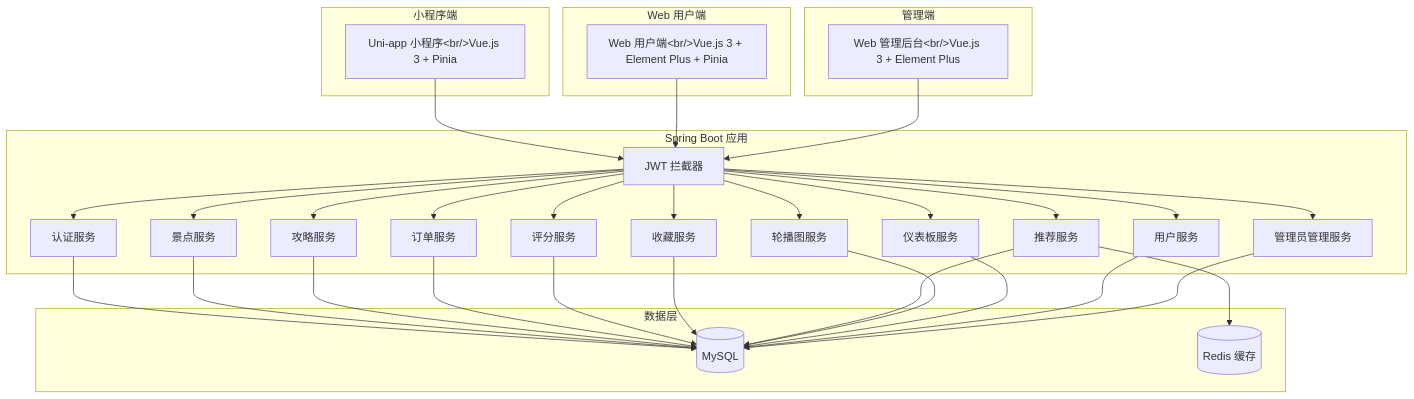
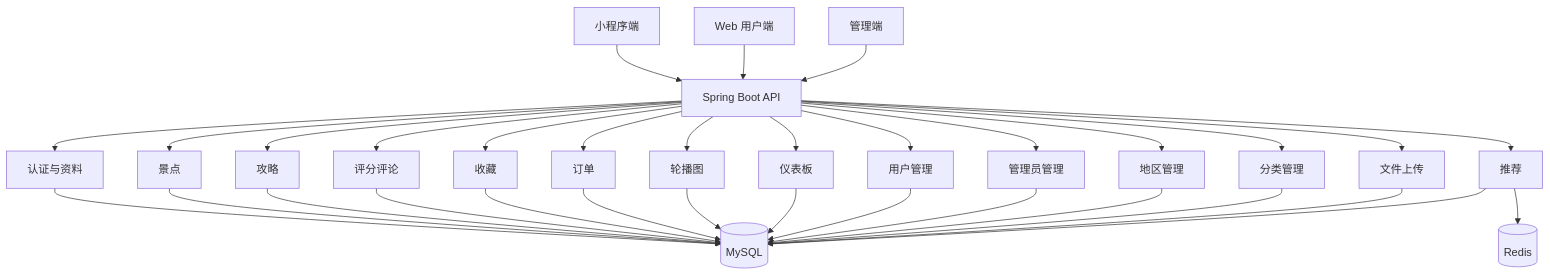
The first of 2 diagrams in .kiro/specs/travel-recommendation-system/design.md (TheayX/WayTrip), drawn with Mermaid before and after one commit. The commit also changed other lines of this file and 4 other files, not shown here.

````diff
--- a/.kiro/specs/travel-recommendation-system/design.md
+++ b/.kiro/specs/travel-recommendation-system/design.md
@@ -11,62 +33,61 @@
 ```mermaid
 graph TB
-    subgraph 小程序端
-        MP["Uni-app 小程序&lt;br/&gt;Vue.js 3 + Pinia"]
-    end
+    MP[小程序端]
+    WEB[Web 用户端]
+    ADMIN[管理端]
 
-    subgraph Web 用户端
-        WEBUSER["Web 用户端&lt;br/&gt;Vue.js 3 + Element Plus + Pinia"]
-    end
+    API[Spring Boot API]
+    AUTH[认证与资料]
+    SPOT[景点]
+    GUIDE[攻略]
+    REVIEW[评分评论]
+    FAV[收藏]
+    ORDER[订单]
+    REC[推荐]
+    BANNER[轮播图]
+    DASH[仪表板]
+    USER[用户管理]
+    ADMINMGR[管理员管理]
+    REGION[地区管理]
+    CATEGORY[分类管理]
+    UPLOAD[文件上传]
 
-    subgraph 管理端
-        WEB["Web 管理后台&lt;br/&gt;Vue.js 3 + Element Plus"]
-    end
+    MYSQL[(MySQL)]
+    REDIS[(Redis)]
 
-    subgraph "Spring Boot 应用"
-        INTERCEPTOR["JWT 拦截器"]
-        AUTH[认证服务]
-        SPOT[景点服务]
-        GUIDE[攻略服务]
-        ORDER[订单服务]
-        RATING[评分服务]
-        FAV[收藏服务]
-        REC[推荐服务]
-        BANNER[轮播图服务]
-        DASHBOARD[仪表板服务]
-        USER[用户服务]
-        ADMIN_MGR[管理员管理服务]
-    end
+    MP --> API
+    WEB --> API
+    ADMIN --> API
 
-    subgraph 数据层
-        DB[("MySQL")]
-        CACHE[("Redis 缓存")]
-    end
+    API --> AUTH
+    API --> SPOT
+    API --> GUIDE
+    API --> REVIEW
+    API --> FAV
+    API --> ORDER
+    API --> REC
+    API --> BANNER
+    API --> DASH
+    API --> USER
+    API --> ADMINMGR
+    API --> REGION
+    API --> CATEGORY
+    API --> UPLOAD
 
-    MP --> INTERCEPTOR
-    WEBUSER --> INTERCEPTOR
-    WEB --> INTERCEPTOR
-    INTERCEPTOR --> AUTH
-    INTERCEPTOR --> SPOT
-    INTERCEPTOR --> GUIDE
-    INTERCEPTOR --> ORDER
-    INTERCEPTOR --> RATING
-    INTERCEPTOR --> FAV
-    INTERCEPTOR --> REC
-    INTERCEPTOR --> BANNER
-    INTERCEPTOR --> DASHBOARD
-    INTERCEPTOR --> USER
-    INTERCEPTOR --> ADMIN_MGR
+    AUTH --> MYSQL
+    SPOT --> MYSQL
+    GUIDE --> MYSQL
+    REVIEW --> MYSQL
+    FAV --> MYSQL
+    ORDER --> MYSQL
+    BANNER --> MYSQL
+    DASH --> MYSQL
+    USER --> MYSQL
+    ADMINMGR --> MYSQL
+    REGION --> MYSQL
+    CATEGORY --> MYSQL
+    UPLOAD --> MYSQL
 
-    AUTH --> DB
-    SPOT --> DB
-    GUIDE --> DB
-    ORDER --> DB
-    RATING --> DB
-    FAV --> DB
-    REC --> DB
-    REC --> CACHE
-    BANNER --> DB
-    DASHBOARD --> DB
-    USER --> DB
-    ADMIN_MGR --> DB
+    REC --> MYSQL
+    REC --> REDIS
 ```
````
